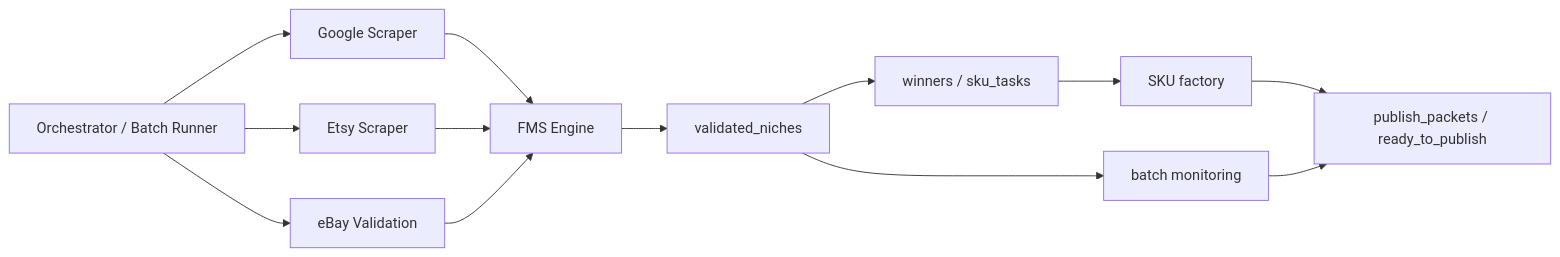
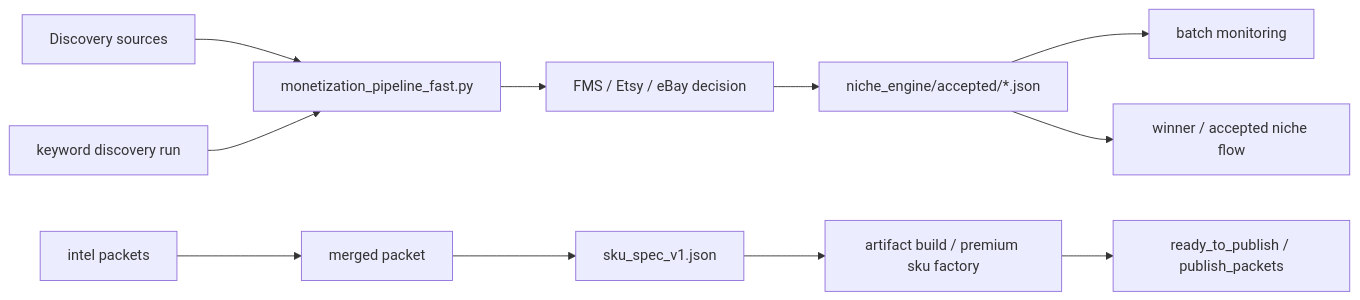
Before and after one commit to moneyparking/autofinisher-factory: the diagram in README.md, drawn with Mermaid. The commit also changed other lines of this file and 23 other files, not shown here.

Commit message:
Add keyword discovery flow, reseller intel packet pipeline, and updated project docs

````diff
--- a/README.md
+++ b/README.md
@@ -17,15 +14,13 @@
 ```mermaid
 flowchart LR
-    A[Orchestrator / Batch Runner] --> B[Google Scraper]
-    A --> C[Etsy Scraper]
-    A --> D[eBay Validation]
-    B --> E[FMS Engine]
-    C --> E
-    D --> E
-    E --> F[validated_niches]
-    F --> G[winners / sku_tasks]
-    F --> H[batch monitoring]
-    G --> I[SKU factory]
-    I --> J[publish_packets / ready_to_publish]
-    H --> J
+    A[Discovery sources] --> B[monetization_pipeline_fast.py]
+    B --> C[FMS / Etsy / eBay decision]
+    C --> D[niche_engine/accepted/*.json]
+    D --> E[batch monitoring]
+    D --> F[winner / accepted niche flow]
+    G[keyword discovery run] --> B
+    H[intel packets] --> I[merged packet]
+    I --> J[sku_spec_v1.json]
+    J --> K[artifact build / premium sku factory]
+    K --> L[ready_to_publish / publish_packets]
 ```
````
